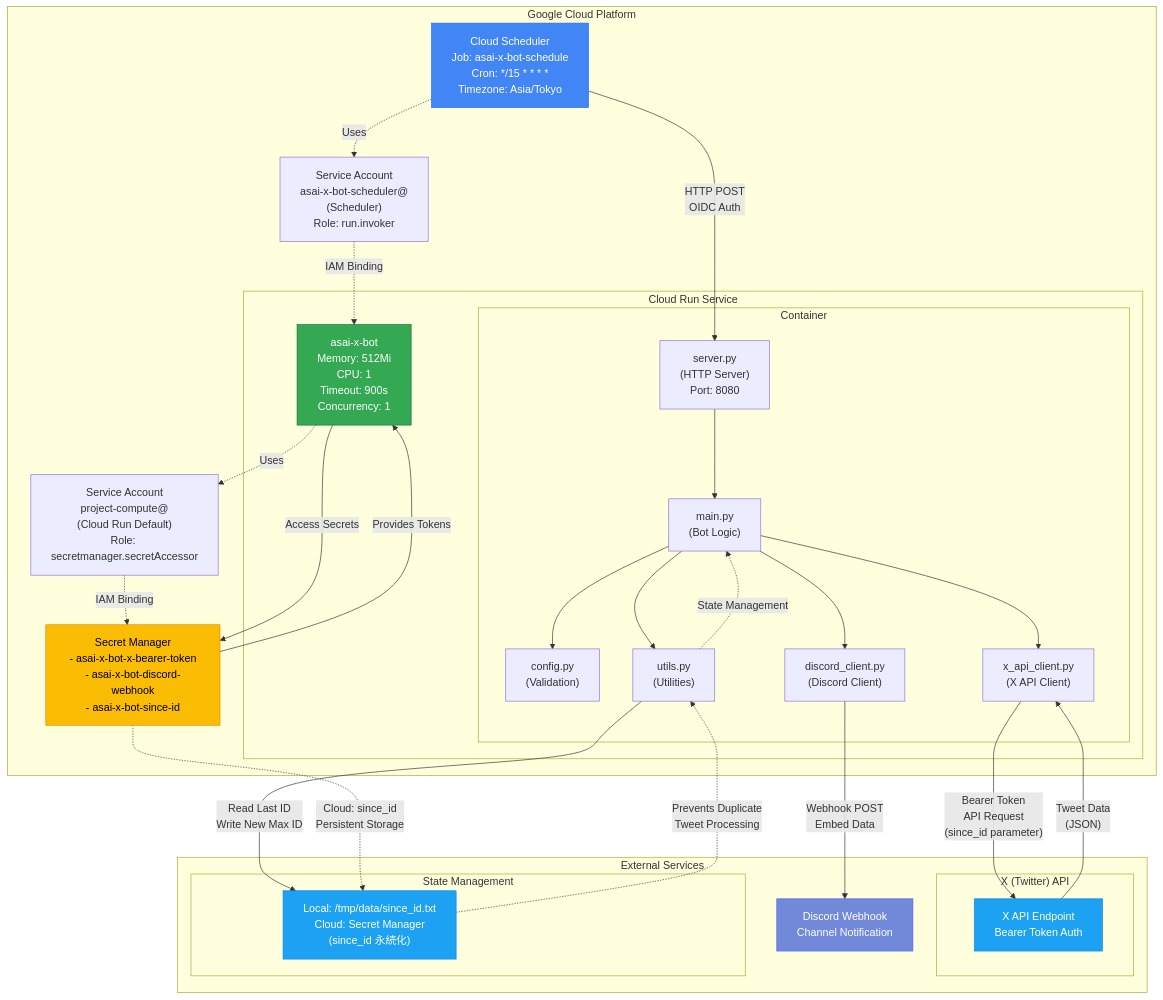
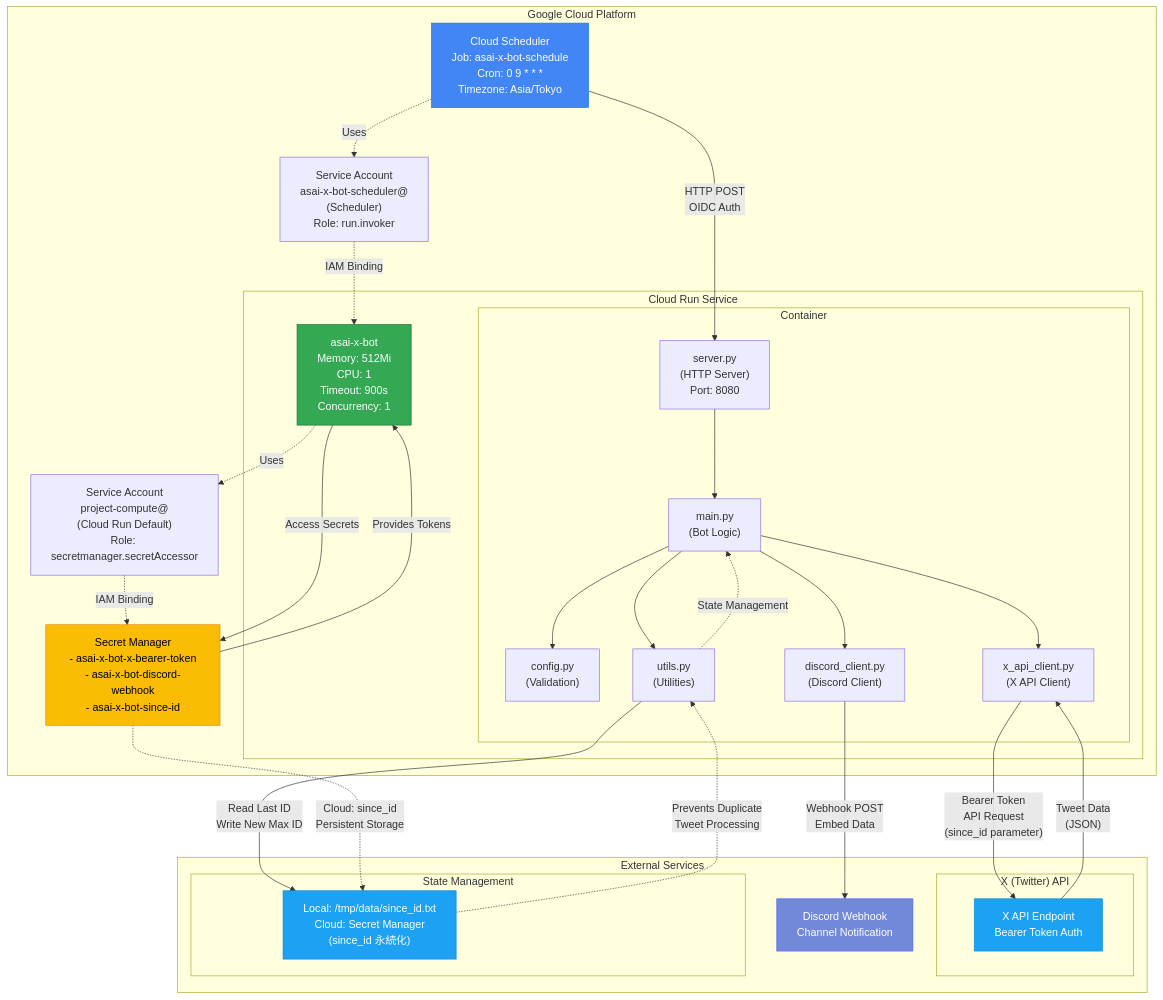
One commit to AobaIwaki123/asai-x-bot changed the second of 2 diagrams in README.md. Above: the diagram before and after it, drawn with Mermaid. The commit also changed other lines of this file, not shown here.

````diff
--- a/README.md
+++ b/README.md
@@ -233,69 +233,69 @@
 ```mermaid
 graph TD
     subgraph "Google Cloud Platform"
-        CS["Cloud Scheduler<br/>Job: asai-x-bot-schedule<br/>Cron: */15 * * * *<br/>Timezone: Asia/Tokyo"]
+        CS["Cloud Scheduler<br/>Job: asai-x-bot-schedule<br/>Cron: 0 9 * * *<br/>Timezone: Asia/Tokyo"]
 
         subgraph "Cloud Run Service"
             CR["asai-x-bot<br/>Memory: 512Mi<br/>CPU: 1<br/>Timeout: 900s<br/>Concurrency: 1"]
 
             subgraph "Container"
                 SV["server.py<br/>(HTTP Server)<br/>Port: 8080"]
                 MN["main.py<br/>(Bot Logic)"]
                 CF["config.py<br/>(Validation)"]
                 XC["x_api_client.py<br/>(X API Client)"]
                 DC_CLIENT["discord_client.py<br/>(Discord Client)"]
                 UT["utils.py<br/>(Utilities)"]
             end
         end
 
         SM["Secret Manager<br/>- asai-x-bot-x-bearer-token<br/>- asai-x-bot-discord-webhook<br/>- asai-x-bot-since-id"]
 
         SA1["Service Account<br/>project-compute@<br/>(Cloud Run Default)<br/>Role: secretmanager.secretAccessor"]
 
         SA2["Service Account<br/>asai-x-bot-scheduler@<br/>(Scheduler)<br/>Role: run.invoker"]
     end
 
     subgraph "External Services"
         subgraph "X (Twitter) API"
             XA["X API Endpoint<br/>Bearer Token Auth"]
         end
 
         subgraph "State Management"
             XS["Local: /tmp/data/since_id.txt<br/>Cloud: Secret Manager<br/>(since_id 永続化)"]
         end
         DW["Discord Webhook<br/>Channel Notification"]
     end
 
     CS -->|"HTTP POST<br/>OIDC Auth"| SV
     SV --> MN
     MN --> CF
     MN --> XC
     MN --> DC_CLIENT
     MN --> UT
 
     CR -->|"Access Secrets"| SM
     SM -->|"Provides Tokens"| CR
 
     XC -->|"Bearer Token<br/>API Request<br/>(since_id parameter)"| XA
     XA -->|"Tweet Data<br/>(JSON)"| XC
 
     UT -->|"Read Last ID<br/>Write New Max ID"| XS
     XS -.->|"Prevents Duplicate<br/>Tweet Processing"| UT
     UT -.->|"State Management"| MN
 
     SM -.->|"Cloud: since_id<br/>Persistent Storage"| XS
 
     DC_CLIENT -->|"Webhook POST<br/>Embed Data"| DW
 
     SA1 -.->|"IAM Binding"| SM
     SA2 -.->|"IAM Binding"| CR
     CS -.->|"Uses"| SA2
     CR -.->|"Uses"| SA1
 
     style CS fill:#4285f4,stroke:#1a73e8,color:#fff
     style CR fill:#34a853,stroke:#137333,color:#fff
     style SM fill:#fbbc04,stroke:#ea8600,color:#000
     style XA fill:#1da1f2,stroke:#0d8bd9,color:#fff
     style XS fill:#1da1f2,stroke:#0d8bd9,color:#fff
     style DW fill:#7289da,stroke:#5865f2,color:#fff
 ```
````
